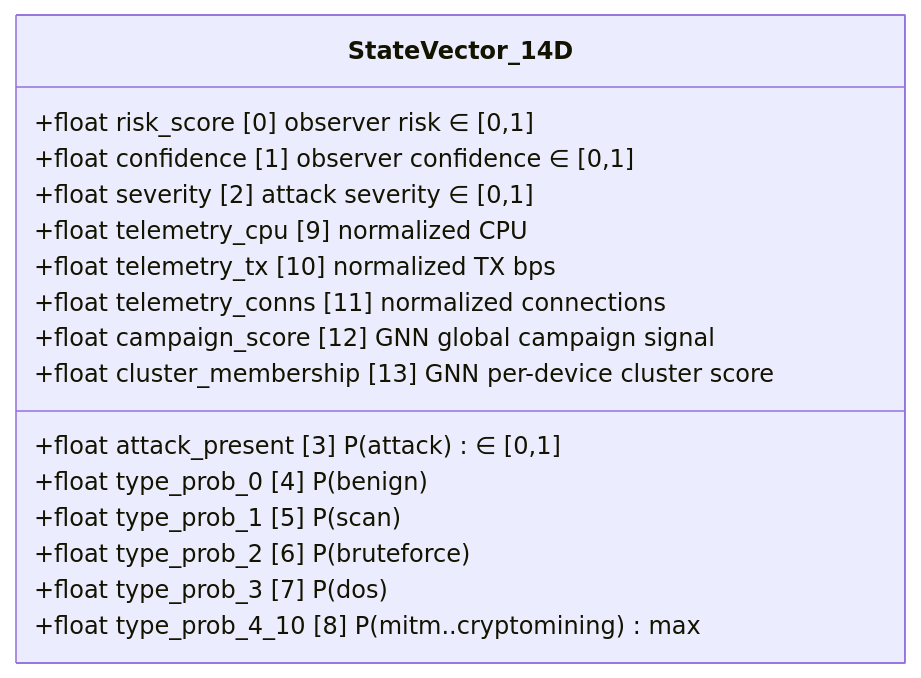
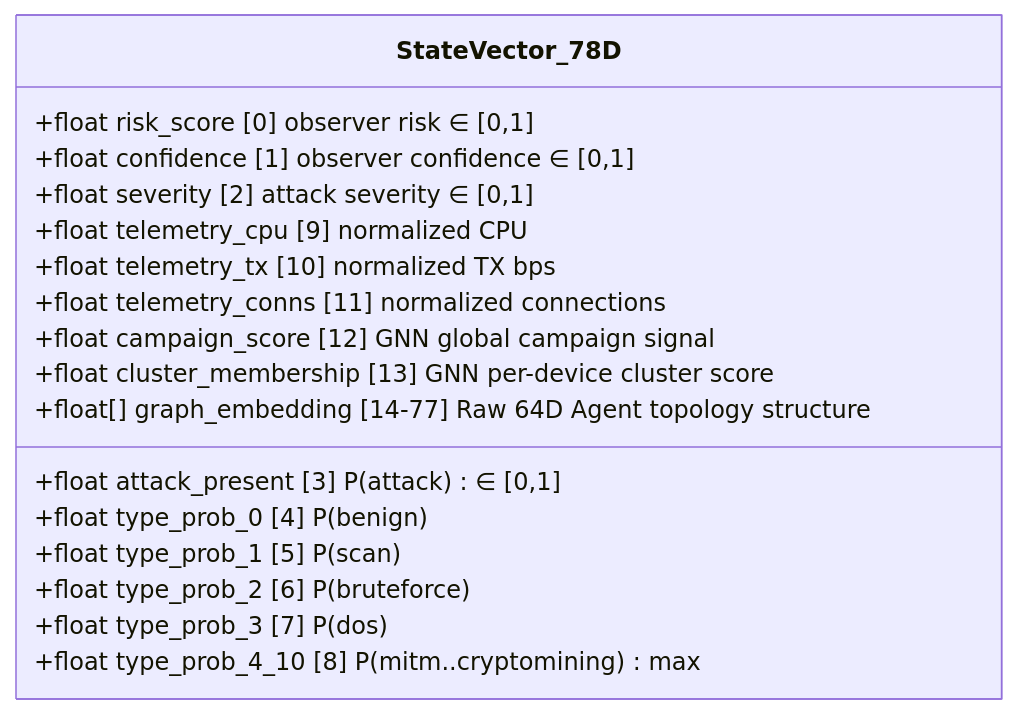
Before and after one commit to didi-09/AI_DRIVEN_SOAR: the eighth of 15 diagrams in README.md, drawn with Mermaid. The commit also changed other lines of this file, not shown here.

First line of the commit message:
Revise state vector to 78D and update reward function

````diff
--- a/README.md
+++ b/README.md
@@ -465,19 +465,20 @@
 ```mermaid
 classDiagram
-    class StateVector_14D {
+    class StateVector_78D {
         +float risk_score         [0] observer risk ∈ [0,1]
         +float confidence         [1] observer confidence ∈ [0,1]
         +float severity           [2] attack severity ∈ [0,1]
         +float attack_present     [3] P(attack) ∈ [0,1]
         +float type_prob_0        [4] P(benign)
         +float type_prob_1        [5] P(scan)
         +float type_prob_2        [6] P(bruteforce)
         +float type_prob_3        [7] P(dos)
         +float type_prob_4_10     [8] P(mitm..cryptomining) max
         +float telemetry_cpu      [9] normalized CPU
         +float telemetry_tx       [10] normalized TX bps
         +float telemetry_conns    [11] normalized connections
         +float campaign_score     [12] GNN global campaign signal
         +float cluster_membership [13] GNN per-device cluster score
+        +float[] graph_embedding  [14-77] Raw 64D Agent topology structure
     }
 ```
````
